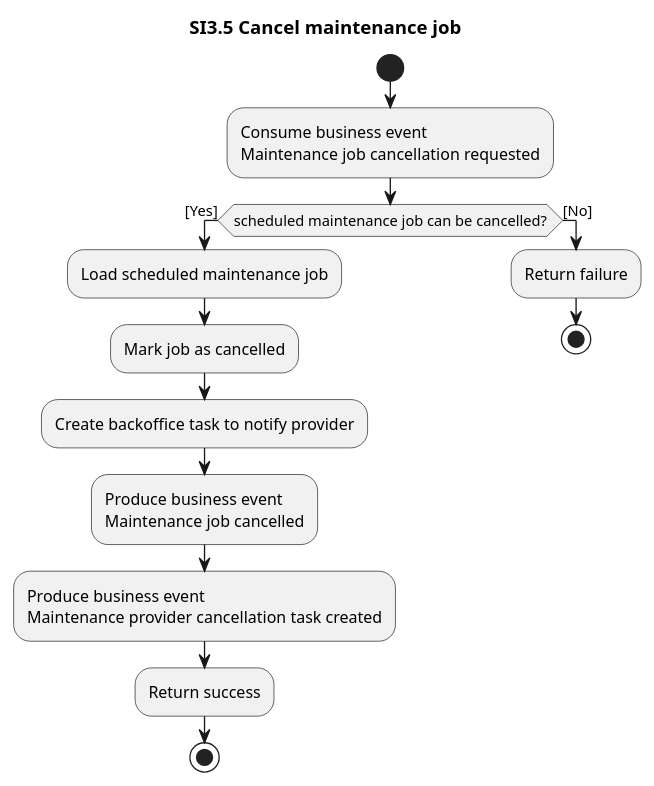
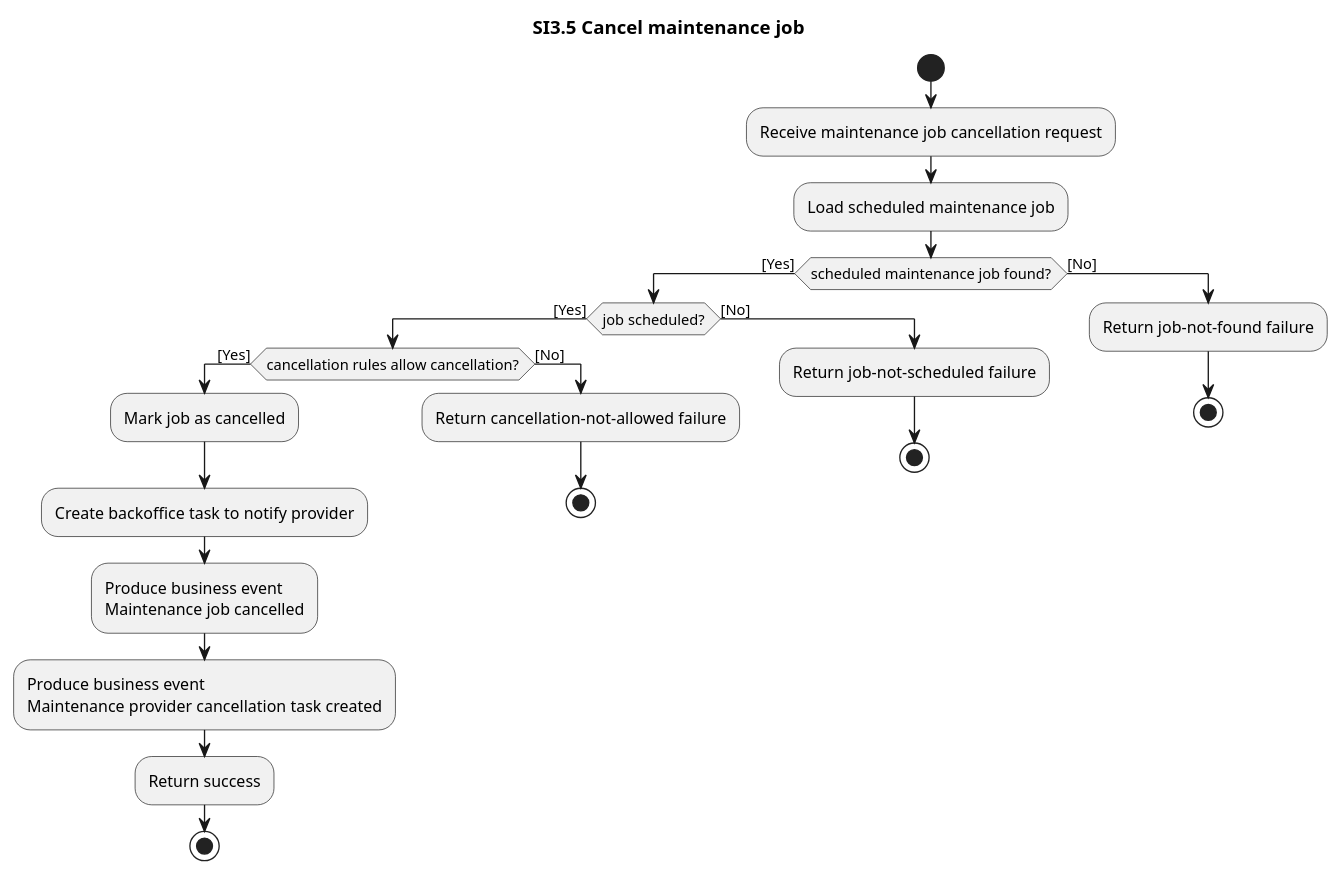
One commit to ottolote/fixme changed the diagram in docs/business/system-interactions/diagrams/si3.5-cancel-maintenance-job.pu. Above: the diagram before and after it, drawn with PlantUML. The commit also changed 33 other files, not shown here.

Commit message:
add all conditionals etc to system interaction diagrams

```diff
--- a/docs/business/system-interactions/diagrams/si3.5-cancel-maintenance-job.pu
+++ b/docs/business/system-interactions/diagrams/si3.5-cancel-maintenance-job.pu
@@ -1,23 +1,32 @@
 @startuml si3.5-cancel-maintenance-job
 title SI3.5 Cancel maintenance job
 
 start
-:Consume business event
-Maintenance job cancellation requested;
+:Receive maintenance job cancellation request;
 
-if (scheduled maintenance job can be cancelled?) then ([Yes])
-  :Load scheduled maintenance job;
-  :Mark job as cancelled;
-  :Create backoffice task to notify provider;
-  :Produce business event
+:Load scheduled maintenance job;
+if (scheduled maintenance job found?) then ([Yes])
+  if (job scheduled?) then ([Yes])
+    if (cancellation rules allow cancellation?) then ([Yes])
+      :Mark job as cancelled;
+      :Create backoffice task to notify provider;
+      :Produce business event
 Maintenance job cancelled;
-  :Produce business event
+      :Produce business event
 Maintenance provider cancellation task created;
-  :Return success;
-  stop
+      :Return success;
+      stop
+    else ([No])
+      :Return cancellation-not-allowed failure;
+      stop
+    endif
+  else ([No])
+    :Return job-not-scheduled failure;
+    stop
+  endif
 else ([No])
-  :Return failure;
+  :Return job-not-found failure;
   stop
 endif
 
 @enduml
```
